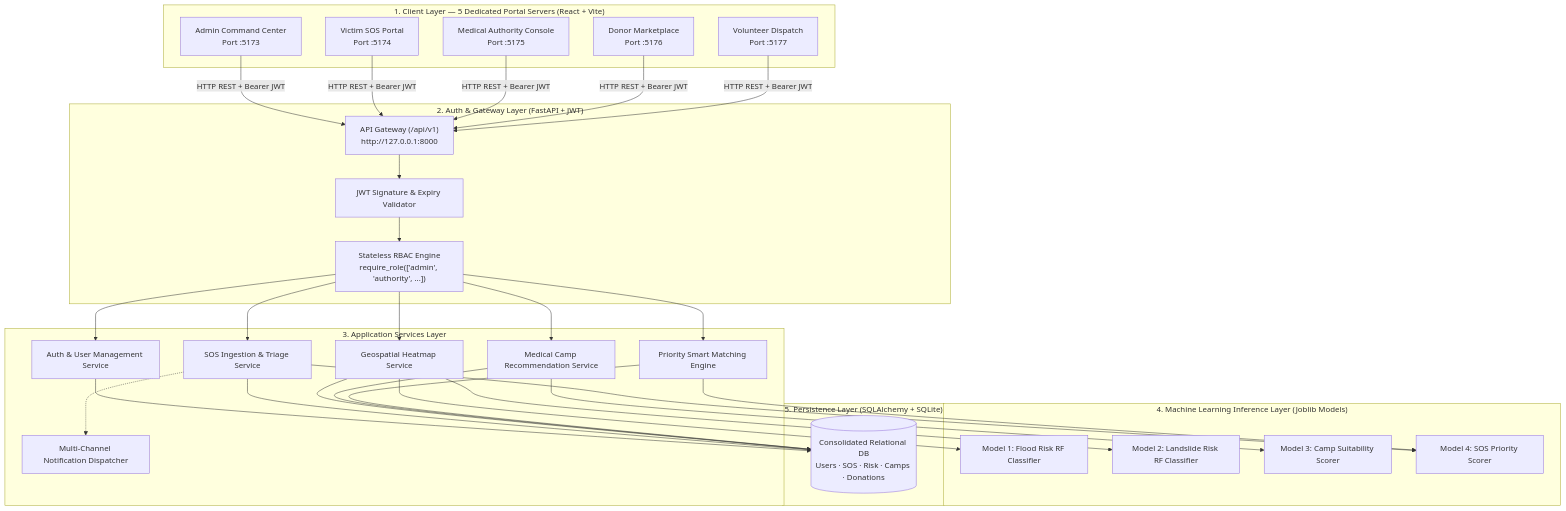
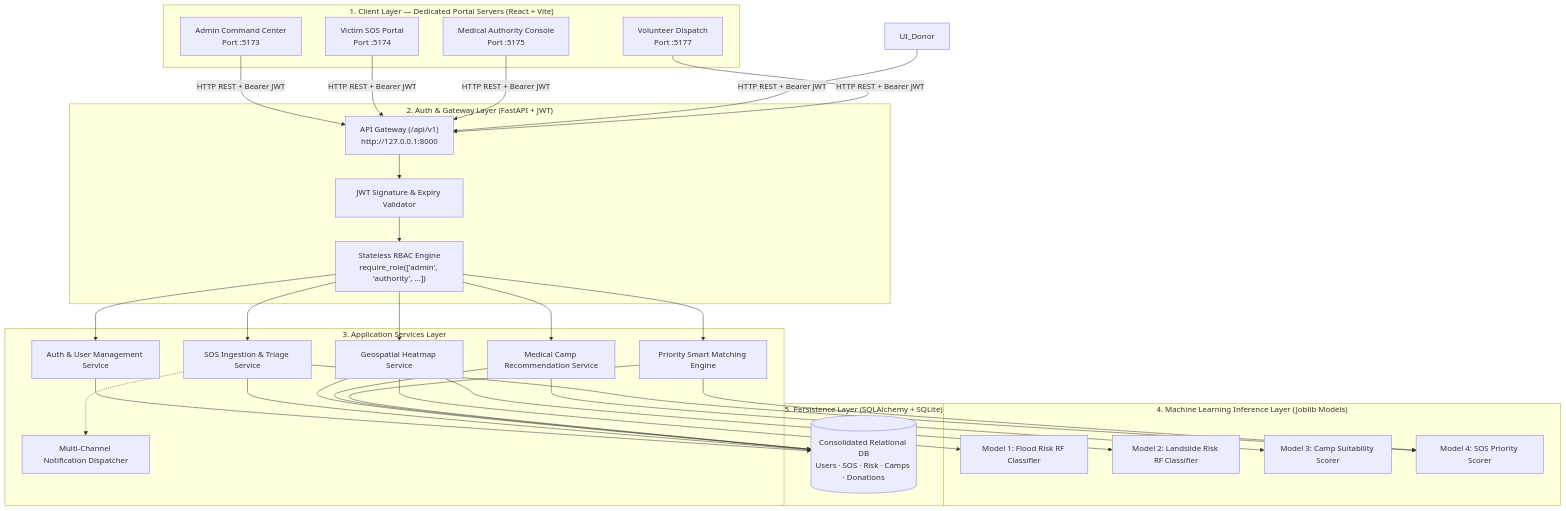
Before and after one commit to kavithaniwandi/R26-IT-047: the diagram in docs/README.md, drawn with Mermaid. The commit also changed other lines of this file and 22 other files, not shown here.

Commit message:
Removed Donor Marketplace page

````diff
--- a/docs/README.md
+++ b/docs/README.md
@@ -32,48 +32,47 @@
 ```mermaid
 graph TD
-    subgraph Client_Layer ["1. Client Layer — 5 Dedicated Portal Servers (React + Vite)"]
+    subgraph Client_Layer ["1. Client Layer — Dedicated Portal Servers (React + Vite)"]
         UI_Admin["Admin Command Center<br/>Port :5173"]
         UI_Victim["Victim SOS Portal<br/>Port :5174"]
         UI_Authority["Medical Authority Console<br/>Port :5175"]
-        UI_Donor["Donor Marketplace<br/>Port :5176"]
         UI_Volunteer["Volunteer Dispatch<br/>Port :5177"]
     end
 
     subgraph Auth_Gateway ["2. Auth & Gateway Layer (FastAPI + JWT)"]
         GW["API Gateway (/api/v1)<br/>http://127.0.0.1:8000"]
         RBAC["Stateless RBAC Engine<br/>require_role(['admin', 'authority', ...])"]
         JWT_Val["JWT Signature & Expiry Validator"]
     end
 
     subgraph App_Services ["3. Application Services Layer"]
         SVC_Auth["Auth & User Management Service"]
         SVC_SOS["SOS Ingestion & Triage Service"]
         SVC_Heatmap["Geospatial Heatmap Service"]
         SVC_Camp["Medical Camp Recommendation Service"]
         SVC_Match["Priority Smart Matching Engine"]
         SVC_Notify["Multi-Channel Notification Dispatcher"]
     end
 
     subgraph ML_Layer ["4. Machine Learning Inference Layer (Joblib Models)"]
         M1["Model 1: Flood Risk RF Classifier"]
         M2["Model 2: Landslide Risk RF Classifier"]
         M3["Model 3: Camp Suitability Scorer"]
         M4["Model 4: SOS Priority Scorer"]
     end
 
     subgraph Data_Layer ["5. Persistence Layer (SQLAlchemy + SQLite)"]
         DB[("Consolidated Relational DB<br/>Users · SOS · Risk · Camps · Donations")]
     end
 
     UI_Admin & UI_Victim & UI_Authority & UI_Donor & UI_Volunteer -->|HTTP REST + Bearer JWT| GW
     GW --> JWT_Val --> RBAC
     RBAC --> SVC_Auth & SVC_SOS & SVC_Heatmap & SVC_Camp & SVC_Match
 
     SVC_SOS --> M4
     SVC_Heatmap --> M1 & M2
     SVC_Camp --> M3
     SVC_Match --> M4
 
     SVC_Auth & SVC_SOS & SVC_Heatmap & SVC_Camp & SVC_Match --> DB
     SVC_SOS -.-> SVC_Notify
 ```
````
